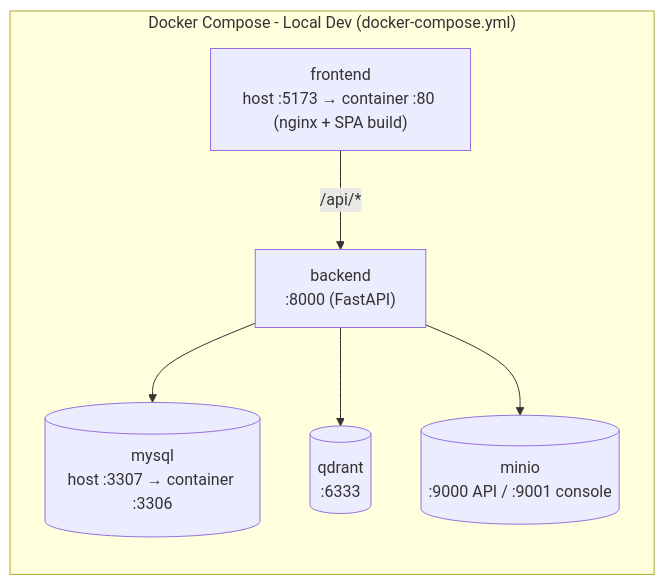
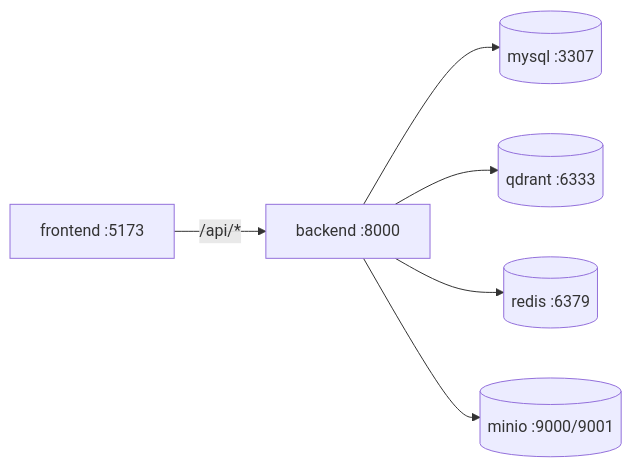
The third of 3 diagrams in ARCHITECTURE.md (peterparkervanphuc/auremont-ai-agent), drawn with Mermaid before and after one commit. The commit also changed other lines of this file and 38 other files, not shown here.

````diff
--- a/ARCHITECTURE.md
+++ b/ARCHITECTURE.md
@@ -212,14 +188,8 @@
 ```mermaid
 graph LR
-    subgraph "Docker Compose - Local Dev (docker-compose.yml)"
-        FE["frontend<br/>host :5173 → container :80 (nginx + SPA build)"]
-        BE["backend<br/>:8000 (FastAPI)"]
-        DB_C[("mysql<br/>host :3307 → container :3306")]
-        VDB[("qdrant<br/>:6333")]
-        OBJ[("minio<br/>:9000 API / :9001 console")]
-    end
-    FE -->|"/api/*"| BE
-    BE --> DB_C
-    BE --> VDB
-    BE --> OBJ
+    FE["frontend :5173"] -->|"/api/*"| BE["backend :8000"]
+    BE --> DB[("mysql :3307")]
+    BE --> VDB[("qdrant :6333")]
+    BE --> RDS[("redis :6379")]
+    BE --> OBJ[("minio :9000/9001")]
 ```
````
